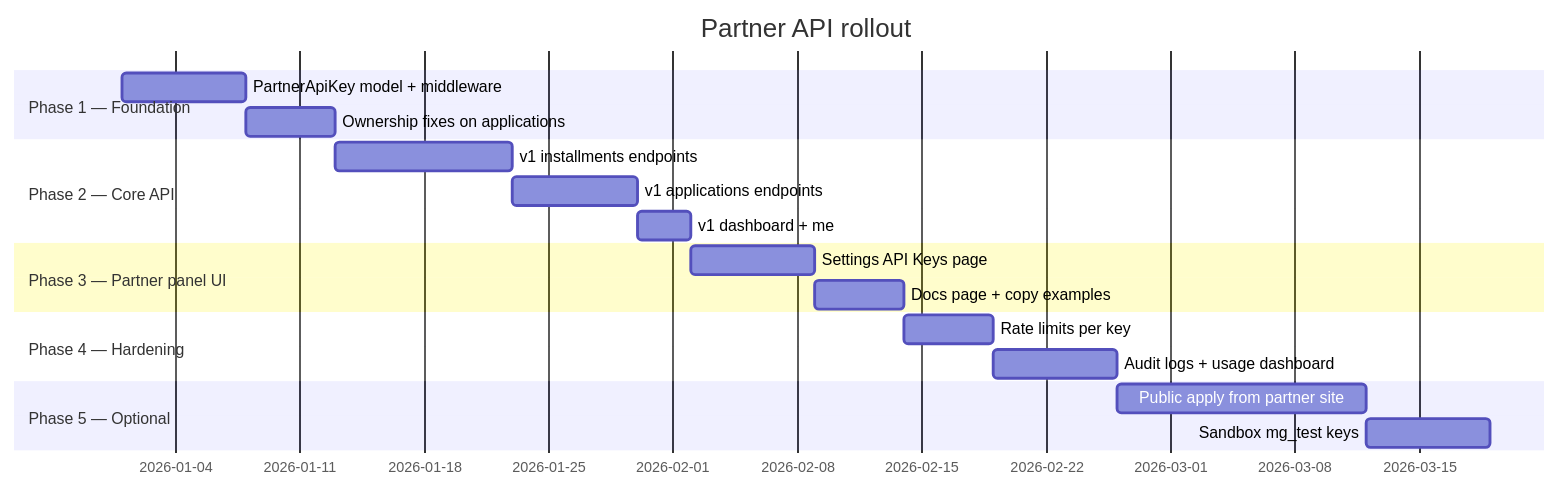
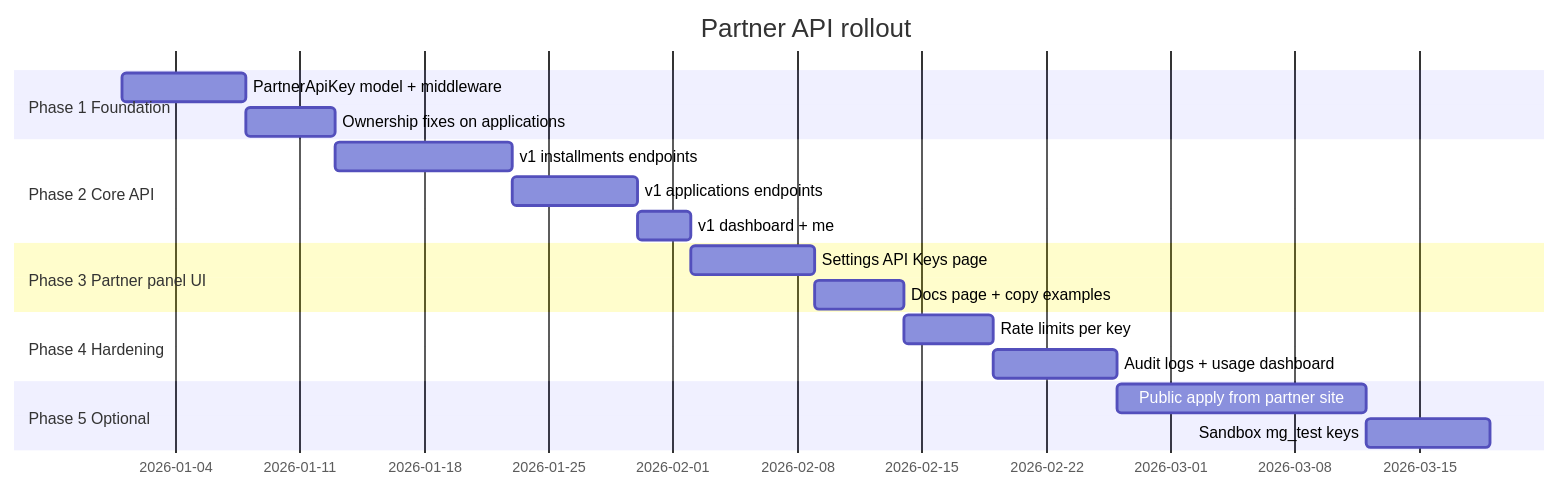
Diagram 23 of 25 in PARTNER_API_WORKFLOW.md (Madadgaar3377/madagaar-frontend), drawn with Mermaid before and after one commit. The commit also changed other lines of this file and 36 other files, not shown here.

````diff
--- a/PARTNER_API_WORKFLOW.md
+++ b/PARTNER_API_WORKFLOW.md
@@ -1133,21 +1133,21 @@
 ```mermaid
 gantt
     title Partner API rollout
     dateFormat  YYYY-MM-DD
-    section Phase 1 — Foundation
+    section Phase 1  Foundation
     PartnerApiKey model + middleware     :p1a, 2026-01-01, 7d
     Ownership fixes on applications      :p1b, after p1a, 5d
-    section Phase 2 — Core API
+    section Phase 2  Core API
     v1 installments endpoints            :p2a, after p1b, 10d
     v1 applications endpoints              :p2b, after p2a, 7d
     v1 dashboard + me                      :p2c, after p2b, 3d
-    section Phase 3 — Partner panel UI
+    section Phase 3  Partner panel UI
     Settings API Keys page                 :p3a, after p2c, 7d
     Docs page + copy examples              :p3b, after p3a, 5d
-    section Phase 4 — Hardening
+    section Phase 4  Hardening
     Rate limits per key                    :p4a, after p3b, 5d
     Audit logs + usage dashboard           :p4b, after p4a, 7d
-    section Phase 5 — Optional
+    section Phase 5  Optional
     Public apply from partner site         :p5a, after p4b, 14d
     Sandbox mg_test keys                   :p5b, after p5a, 7d
 ```
````
